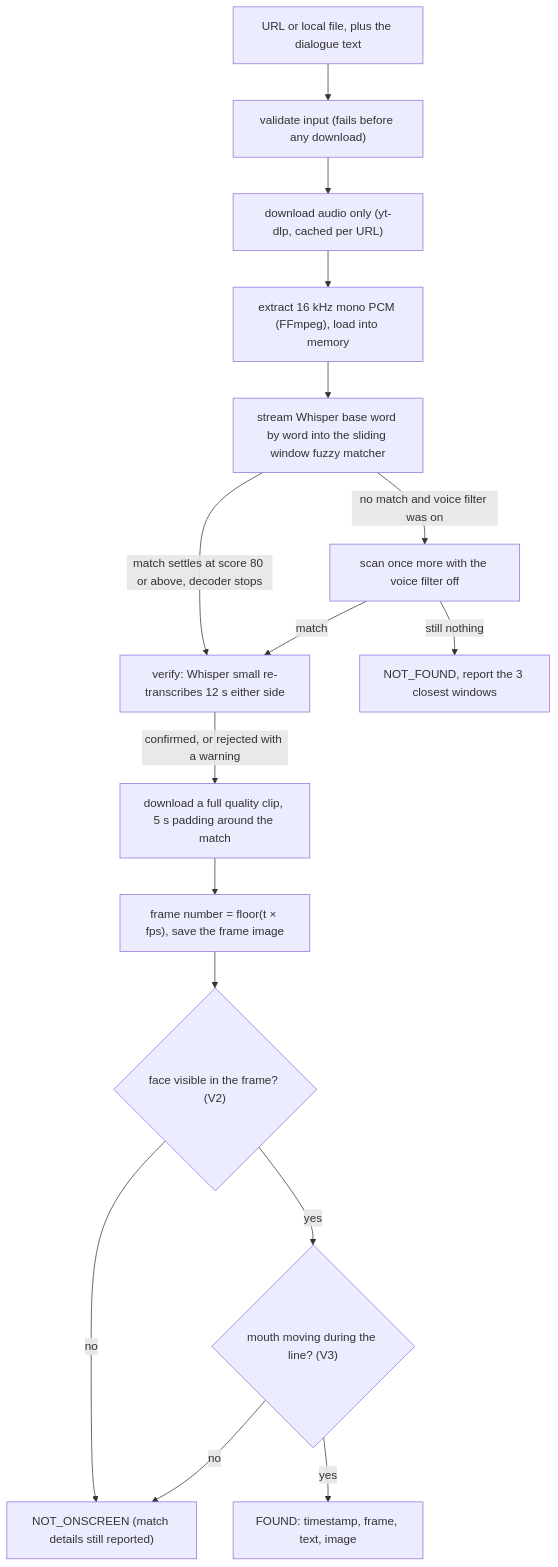
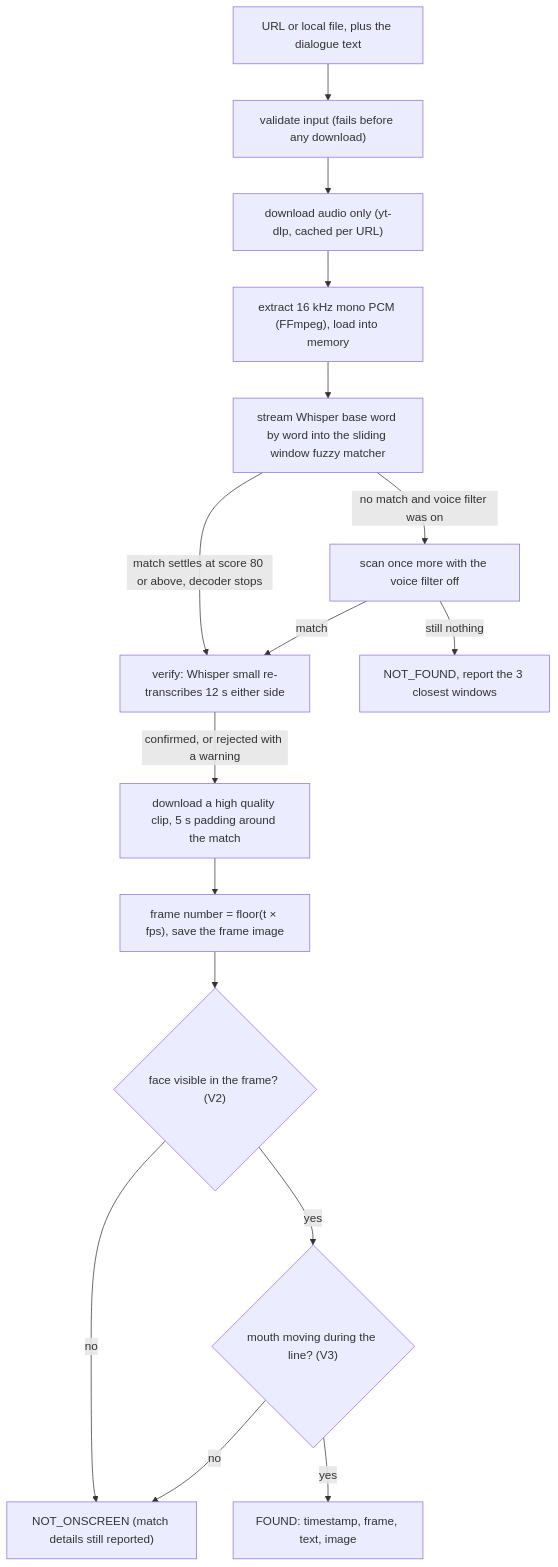
The second of 3 diagrams in docs/02-architecture.md (anjjcodes/quest1), drawn with Mermaid before and after one commit. The commit also changed 30 other files, not shown here.

````diff
--- a/docs/02-architecture.md
+++ b/docs/02-architecture.md
@@ -54,18 +54,18 @@
 ```mermaid
 flowchart TD
     A["URL or local file, plus the dialogue text"] --> B["validate input (fails before any download)"]
     B --> C["download audio only (yt-dlp, cached per URL)"]
     C --> D["extract 16 kHz mono PCM (FFmpeg), load into memory"]
     D --> E["stream Whisper base word by word into the sliding window fuzzy matcher"]
     E -->|"match settles at score 80 or above, decoder stops"| V["verify: Whisper small re-transcribes 12 s either side"]
     E -->|"no match and voice filter was on"| R["scan once more with the voice filter off"]
     R -->|match| V
     R -->|still nothing| NF["NOT_FOUND, report the 3 closest windows"]
-    V -->|"confirmed, or rejected with a warning"| CL["download a full quality clip, 5 s padding around the match"]
+    V -->|"confirmed, or rejected with a warning"| CL["download a high quality clip, 5 s padding around the match"]
     CL --> FR["frame number = floor(t × fps), save the frame image"]
     FR --> FC{"face visible in the frame? (V2)"}
     FC -->|no| NO["NOT_ONSCREEN (match details still reported)"]
     FC -->|yes| MM{"mouth moving during the line? (V3)"}
     MM -->|no| NO
     MM -->|yes| OK["FOUND: timestamp, frame, text, image"]
 ```
````
